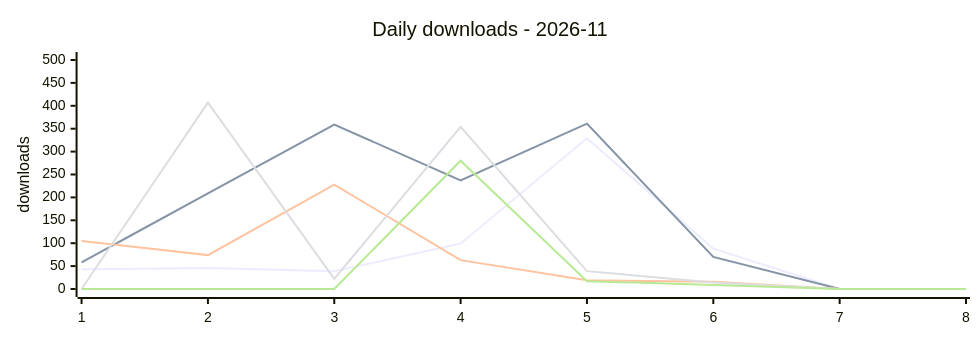
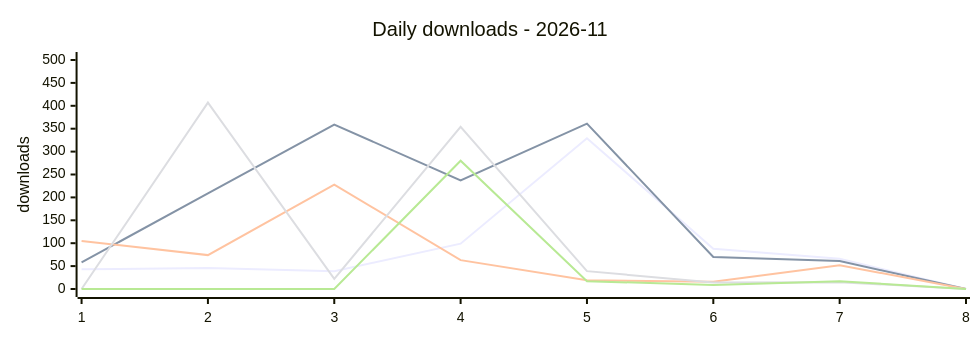
Before and after one commit to terry2010/npm-downloads-tracker: the first of 2 diagrams in DASHBOARD.md, drawn with Mermaid. The commit also changed other lines of this file and 1 other file, not shown here.

````diff
--- a/DASHBOARD.md
+++ b/DASHBOARD.md
@@ -25,12 +25,12 @@
 ```mermaid
 %%{init: {'xyChart': {'width': 960, 'height': 320}}}%%
 xychart-beta
     title "Daily downloads - 2026-11"
     x-axis ["1", "2", "3", "4", "5", "6", "7", "8"]
     y-axis "downloads" 0 --> 500
-    line "dsh-loop-recover" [43, 46, 39, 99, 329, 88, 0, 0]
-    line "dsh-rss-news-daily" [58, 209, 359, 237, 361, 70, 0, 0]
-    line "opencode-loop-recover" [105, 74, 228, 63, 19, 16, 0, 0]
-    line "oc-market-quail-zephyr-72a0" [0, 407, 22, 354, 39, 14, 0, 0]
-    line "awesome-opencode-market" [0, 0, 0, 280, 17, 9, 0, 0]
+    line "dsh-loop-recover" [43, 46, 39, 99, 329, 88, 66, 0]
+    line "dsh-rss-news-daily" [58, 209, 359, 237, 361, 70, 61, 0]
+    line "opencode-loop-recover" [105, 74, 228, 63, 19, 16, 52, 0]
+    line "oc-market-quail-zephyr-72a0" [0, 407, 22, 354, 39, 14, 15, 0]
+    line "awesome-opencode-market" [0, 0, 0, 280, 17, 9, 17, 0]
 ```
````
